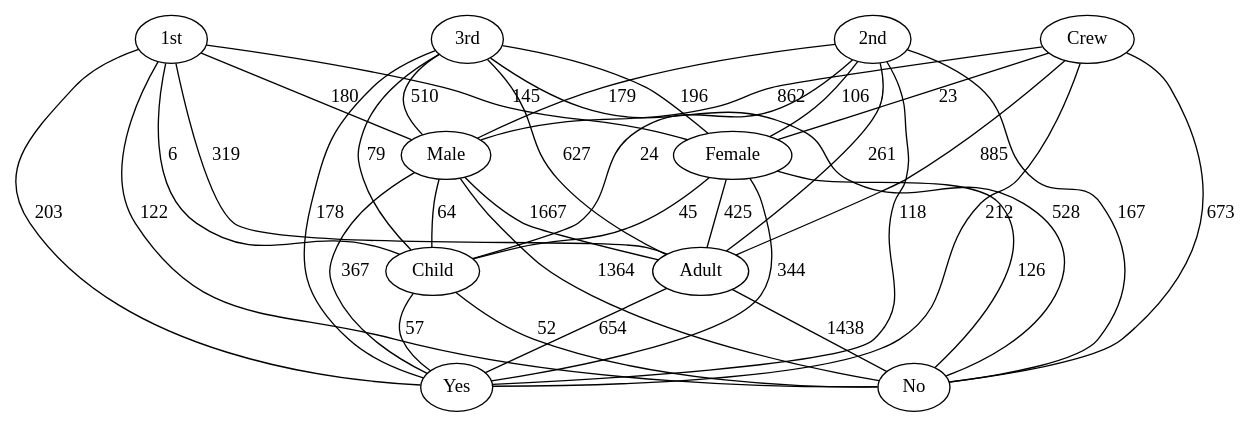
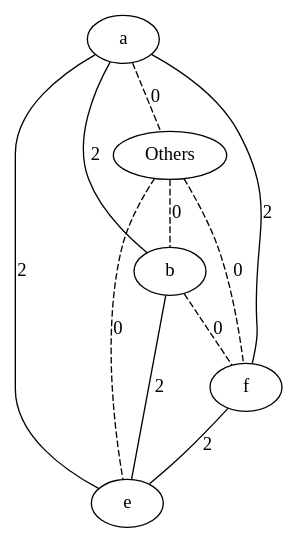
One commit to lrodrin/TFG changed the diagram in src/extension/plainGraph.dot. Above: the diagram before and after it, drawn with Graphviz. The commit also changed 6 other files, not shown here.

```diff
--- a/src/extension/plainGraph.dot
+++ b/src/extension/plainGraph.dot
@@ -1,47 +1,17 @@
-strict graph "" {
-Crew;
-"3rd";
-"1st";
-"2nd";
-Male;
-Female;
-Adult;
-Child;
-No;
-Yes;
-Crew -- Male  [color=black, label=862, style=solid];
-Crew -- Female  [color=black, label=23, style=solid];
-Crew -- Adult  [color=black, label=885, style=solid];
-Crew -- No  [color=black, label=673, style=solid];
-Crew -- Yes  [color=black, label=212, style=solid];
-"3rd" -- Male  [color=black, label=510, style=solid];
-"3rd" -- Female  [color=black, label=196, style=solid];
-"3rd" -- Adult  [color=black, label=627, style=solid];
-"3rd" -- Child  [color=black, label=79, style=solid];
-"3rd" -- No  [color=black, label=528, style=solid];
-"3rd" -- Yes  [color=black, label=178, style=solid];
-"1st" -- Male  [color=black, label=180, style=solid];
-"1st" -- Female  [color=black, label=145, style=solid];
-"1st" -- Adult  [color=black, label=319, style=solid];
-"1st" -- Child  [color=black, label=6, style=solid];
-"1st" -- No  [color=black, label=122, style=solid];
-"1st" -- Yes  [color=black, label=203, style=solid];
-"2nd" -- Male  [color=black, label=179, style=solid];
-"2nd" -- Female  [color=black, label=106, style=solid];
-"2nd" -- Adult  [color=black, label=261, style=solid];
-"2nd" -- Child  [color=black, label=24, style=solid];
-"2nd" -- No  [color=black, label=167, style=solid];
-"2nd" -- Yes  [color=black, label=118, style=solid];
-Male -- Adult  [color=black, label=1667, style=solid];
-Male -- Child  [color=black, label=64, style=solid];
-Male -- No  [color=black, label=1364, style=solid];
-Male -- Yes  [color=black, label=367, style=solid];
-Female -- Adult  [color=black, label=425, style=solid];
-Female -- Child  [color=black, label=45, style=solid];
-Female -- No  [color=black, label=126, style=solid];
-Female -- Yes  [color=black, label=344, style=solid];
-Adult -- No  [color=black, label=1438, style=solid];
-Adult -- Yes  [color=black, label=654, style=solid];
-Child -- No  [color=black, label=52, style=solid];
-Child -- Yes  [color=black, label=57, style=solid];
+strict graph "()" {
+a;
+Others;
+b;
+f;
+e;
+a -- Others  [color=black, label=0, style=dashed];
+a -- b  [color=black, label=2, style=solid];
+a -- f  [color=black, label=2, style=solid];
+a -- e  [color=black, label=2, style=solid];
+Others -- b  [color=black, label=0, style=dashed];
+Others -- f  [color=black, label=0, style=dashed];
+Others -- e  [color=black, label=0, style=dashed];
+b -- f  [color=black, label=0, style=dashed];
+b -- e  [color=black, label=2, style=solid];
+f -- e  [color=black, label=2, style=solid];
 }
```
